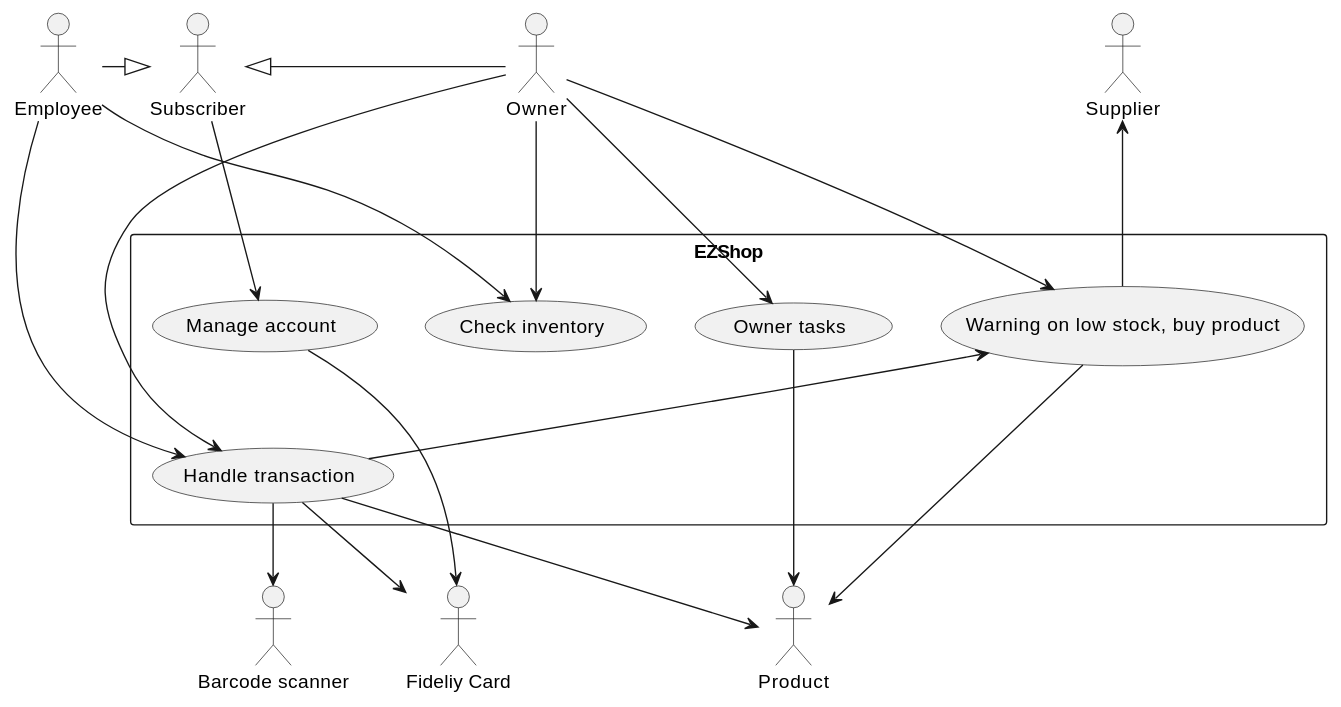
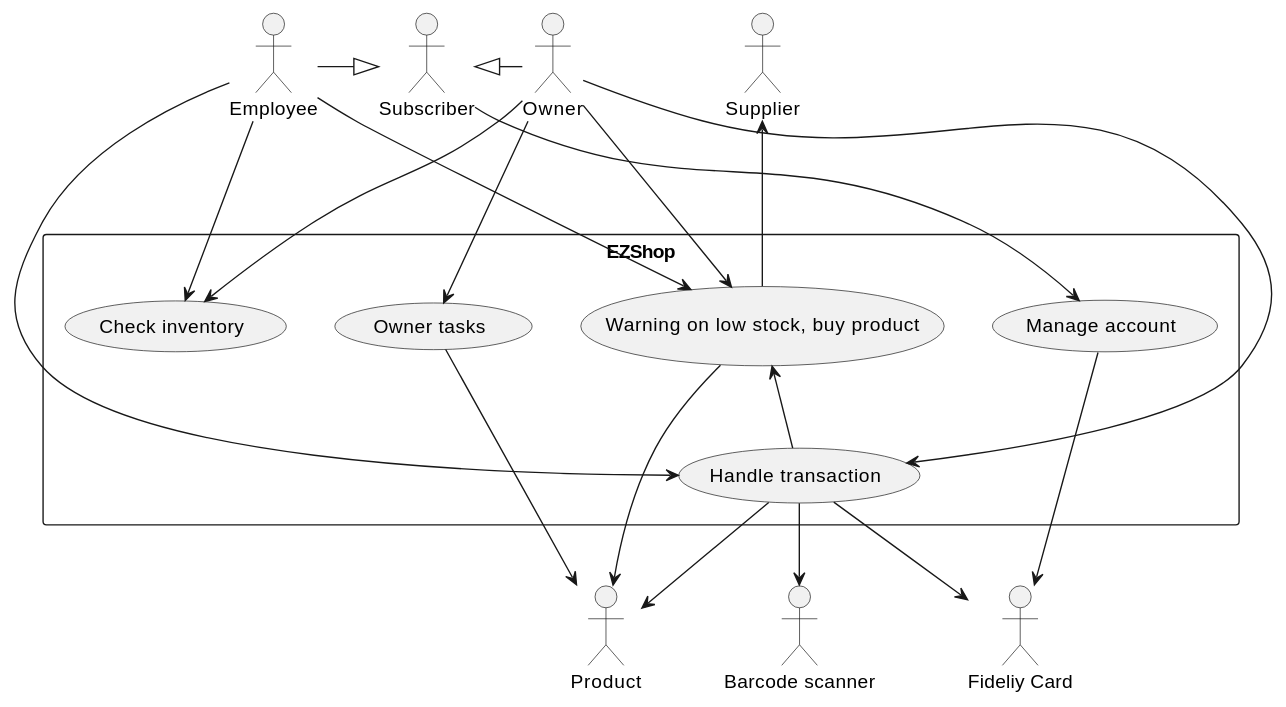
Before and after one commit to nicolabattaglino/ezshop: the second of 7 diagrams in Deliverables/RequirementsDocument.md, drawn with PlantUML. The commit also changed other lines of this file and 1 other file, not shown here.

````diff
--- a/Deliverables/RequirementsDocument.md
+++ b/Deliverables/RequirementsDocument.md
@@ -202,43 +202,42 @@
 ```plantuml
 @startuml
 
 
 rectangle "EZShop" as EZShop{
 "Warning on low stock, buy product" as (warning)
 "Handle transaction" as (handleTransaction)
 
 "Check inventory" as (checkInventory)
 "Manage account" as (manageAccount)
 "Owner tasks" as (ownerTasks)
 }
 
 "Owner" as owner
 "Employee" as employee
 "Supplier" as supplier
 "Product" as product
 "Barcode scanner" as bcScanner
 "Fideliy Card" as fidelityCard
 "Subscriber" as subscriber
 
-subscriber <|- owner
-employee -|>subscriber
+subscriber <|- owner 
+employee -|> subscriber 
 (warning) <-- (handleTransaction) 
-owner-->(handleTransaction)
-employee-->(handleTransaction)
-(handleTransaction) --> product
-(handleTransaction) --> bcScanner
-owner-->(checkInventory)
-employee -->(checkInventory)
+owner --> (handleTransaction) 
+employee --> (handleTransaction)
+(handleTransaction) --> product 
+(handleTransaction) --> bcScanner 
+owner --> (checkInventory) 
+employee -->(checkInventory) 
+employee --> (warning) 
 subscriber -> (manageAccount) 
-owner --> (ownerTasks)
+owner --> (ownerTasks) 
 
-supplier<---(warning)
-(warning)-->product
-(ownerTasks)-->product
-owner--->(warning)
-
-
+supplier <--- (warning) 
+(warning) --> product 
+(ownerTasks) --> product 
+owner ---> (warning) 
 
 (manageAccount) --> fidelityCard
 (handleTransaction) --> fidelityCard
 ```
````
